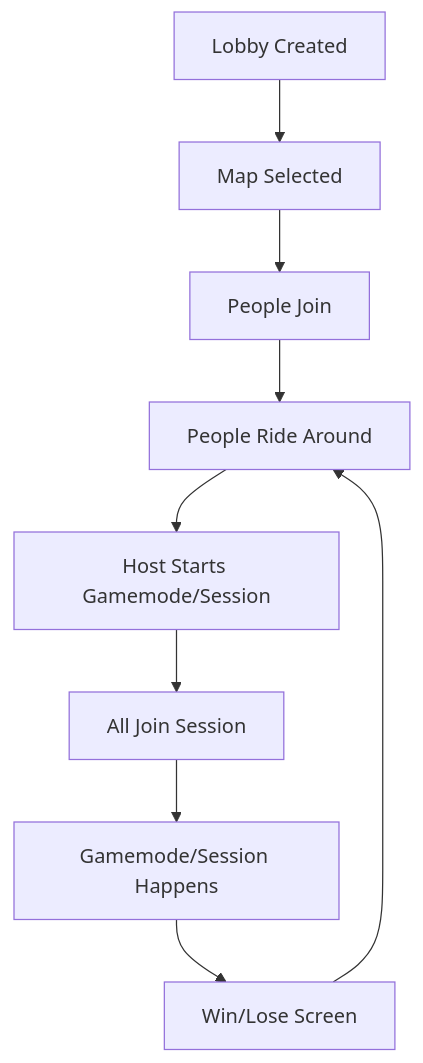
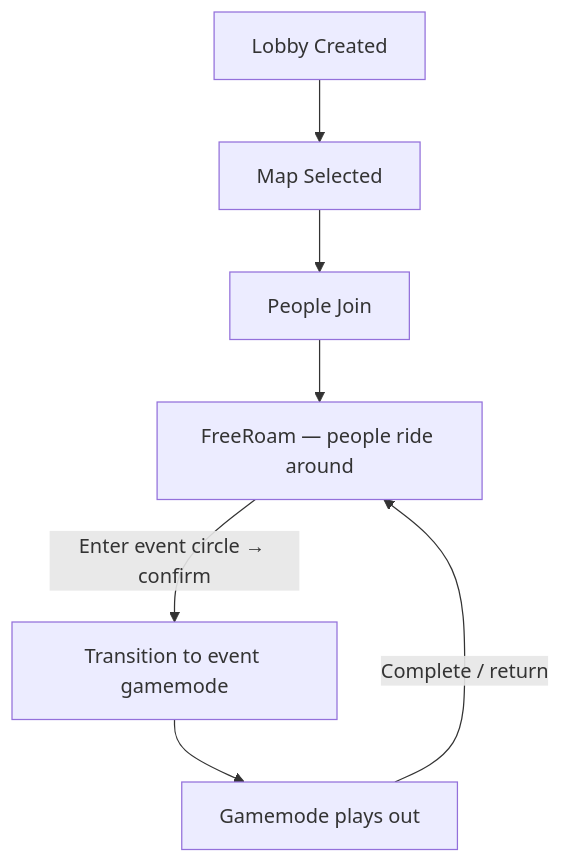
One commit to ssebs/DankNooner changed the second of 2 diagrams in v2/planning_docs/GamemodeSystem.md. Above: the diagram before and after it, drawn with Mermaid. The commit also changed other lines of this file and 1 other file, not shown here.

````diff
--- a/v2/planning_docs/GamemodeSystem.md
+++ b/v2/planning_docs/GamemodeSystem.md
@@ -39,11 +90,9 @@
 ```mermaid
 flowchart TD
     A[Lobby Created] --> B[Map Selected]
     B --> C[People Join]
-    C --> D[People Ride Around]
-    D --> E[Host Starts Gamemode/Session]
-    E --> F[All Join Session]
-    F --> G[Gamemode/Session Happens]
-    G --> H[Win/Lose Screen]
-    H --> D
+    C --> D[FreeRoam — people ride around]
+    D -->|Enter event circle → confirm| E[Transition to event gamemode]
+    E --> F[Gamemode plays out]
+    F -->|Complete / return| D
 ```
````
